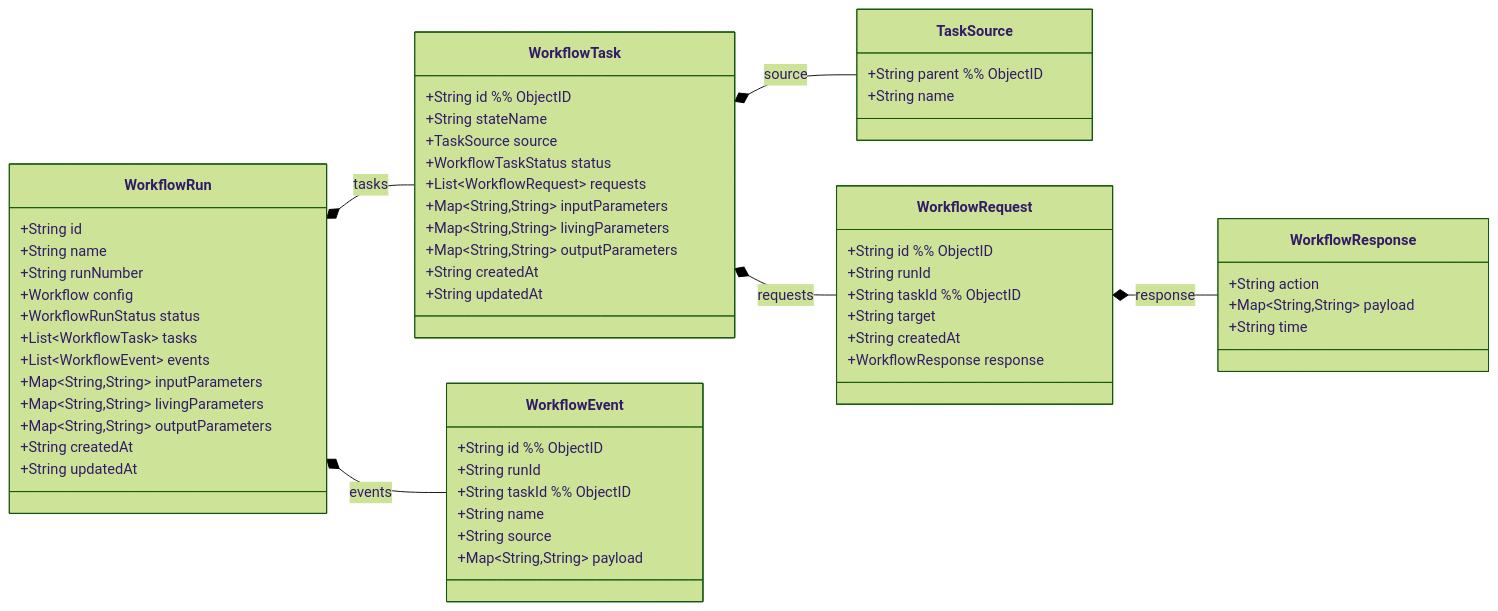
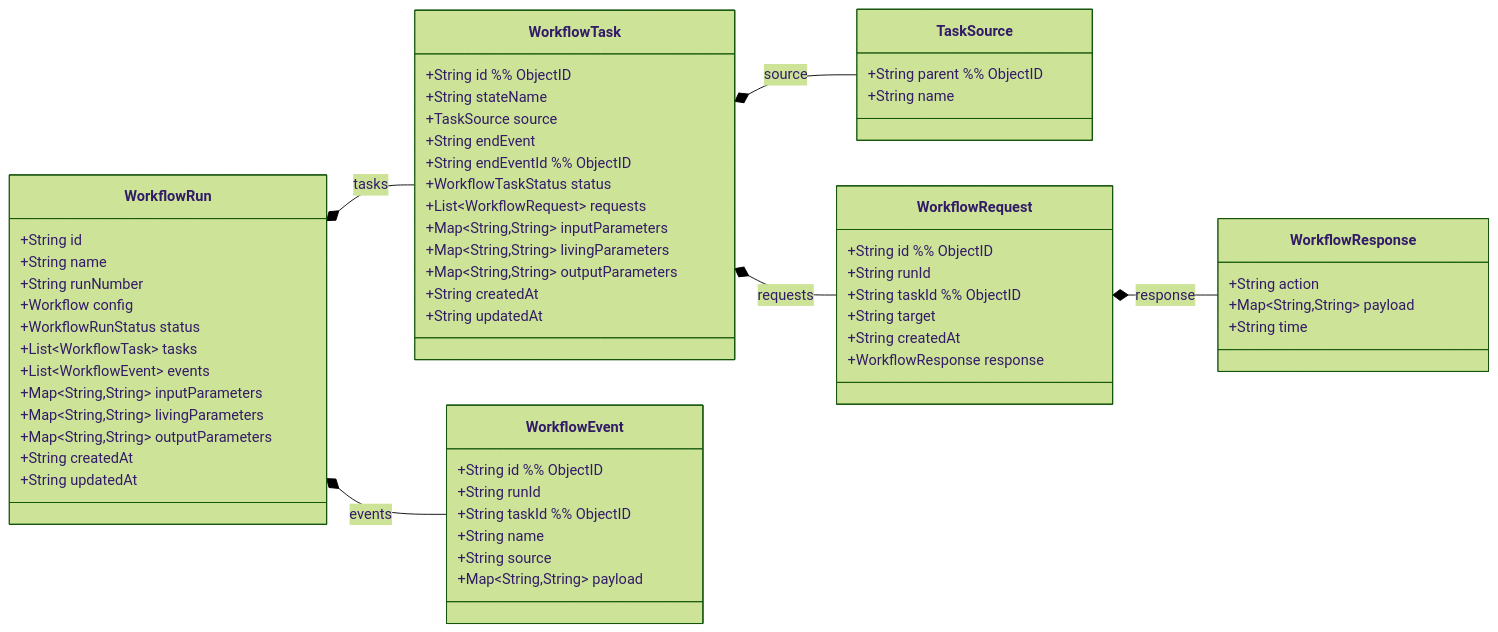
Before and after one commit to lchrennew/es-workflow: the first of 8 diagrams in docs/design/20-runtime-domain.md, drawn with Mermaid (forest theme). The commit also changed other lines of this file and 40 other files, not shown here.

````diff
--- a/docs/design/20-runtime-domain.md
+++ b/docs/design/20-runtime-domain.md
@@ -21,68 +21,70 @@
 ```mermaid
 
 classDiagram
 direction LR
 
 class WorkflowRun {
   +String id
   +String name
   +String runNumber
   +Workflow config
   +WorkflowRunStatus status
   +List~WorkflowTask~ tasks
   +List~WorkflowEvent~ events
   +Map~String,String~ inputParameters
   +Map~String,String~ livingParameters
   +Map~String,String~ outputParameters
   +String createdAt
   +String updatedAt
 }
 
 class WorkflowTask {
   +String id  %% ObjectID
   +String stateName
   +TaskSource source
+  +String endEvent
+  +String endEventId  %% ObjectID
   +WorkflowTaskStatus status
   +List~WorkflowRequest~ requests
   +Map~String,String~ inputParameters
   +Map~String,String~ livingParameters
   +Map~String,String~ outputParameters
   +String createdAt
   +String updatedAt
 }
 
 class TaskSource {
   +String parent  %% ObjectID
   +String name
 }
 
 class WorkflowRequest {
   +String id  %% ObjectID
   +String runId
   +String taskId  %% ObjectID
   +String target
   +String createdAt
   +WorkflowResponse response
 }
 
 class WorkflowResponse {
   +String action
   +Map~String,String~ payload
   +String time
 }
 
 class WorkflowEvent {
   +String id  %% ObjectID
   +String runId
   +String taskId  %% ObjectID
   +String name
   +String source
   +Map~String,String~ payload
 }
 
 WorkflowRun *-- WorkflowTask : tasks
 WorkflowTask *-- WorkflowRequest : requests
 WorkflowRequest *-- WorkflowResponse : response
 WorkflowRun *-- WorkflowEvent : events
 WorkflowTask *-- TaskSource : source
 ```
````
